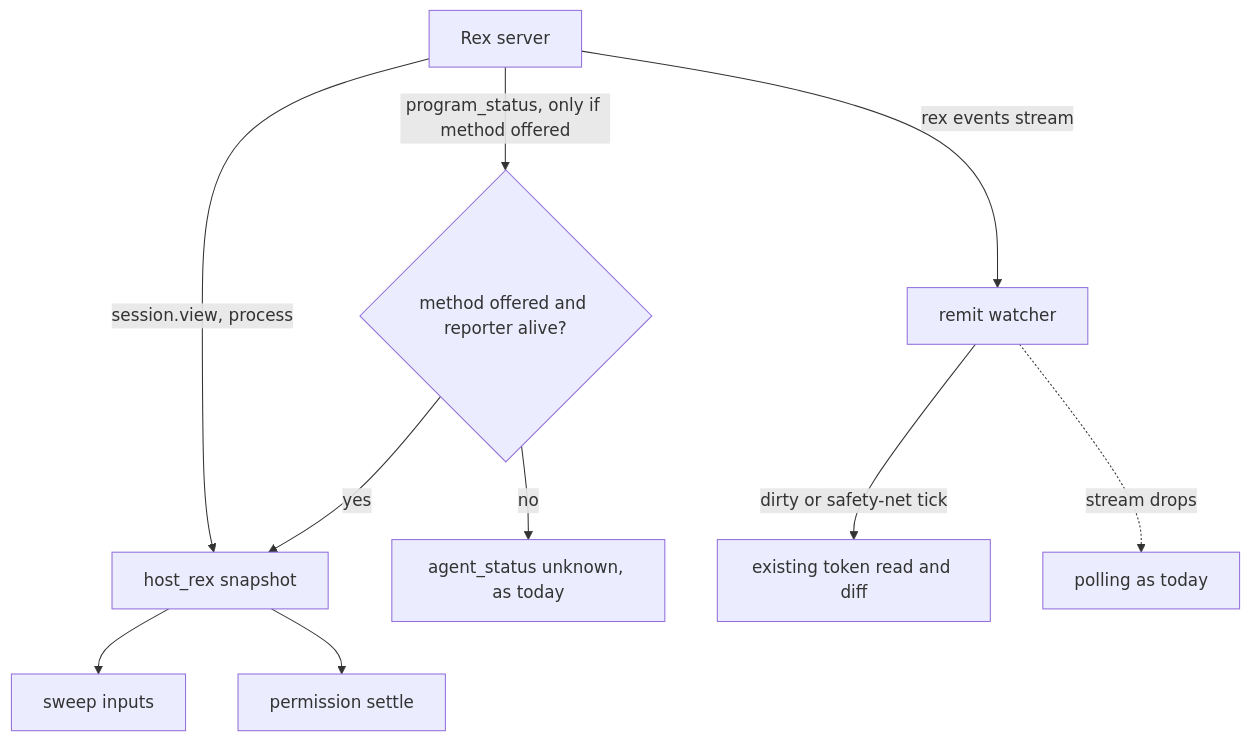
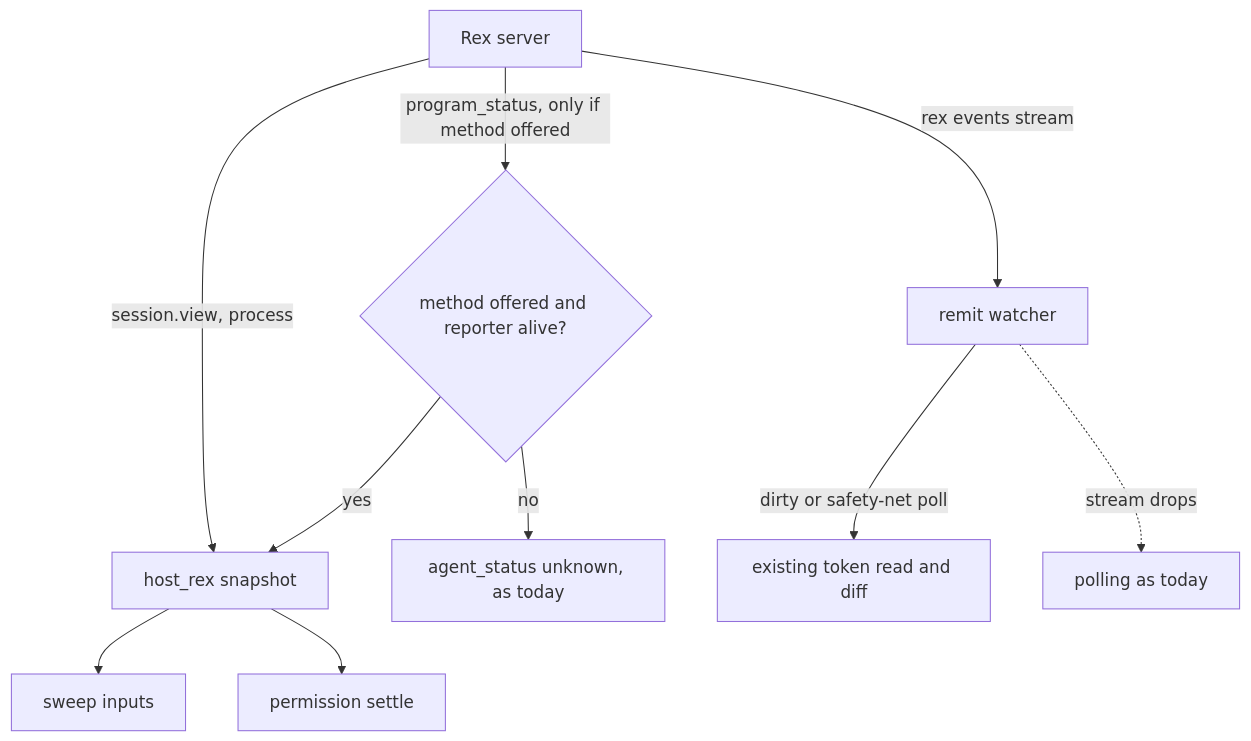
One commit to shawnroos/shrimpshack changed the diagram in docs/plans/2026-10-31-1047-feat-rex-program-status-and-events-plan.md. Above: the diagram before and after it, drawn with Mermaid. The commit also changed other lines of this file and 6 other files, not shown here.

````diff
--- a/docs/plans/2026-10-31-1047-feat-rex-program-status-and-events-plan.md
+++ b/docs/plans/2026-10-31-1047-feat-rex-program-status-and-events-plan.md
@@ -102,12 +102,12 @@
 ```mermaid
 flowchart TB
   S[Rex server] -->|session.view, process| H[host_rex snapshot]
   S -->|program_status, only if method offered| G{method offered and reporter alive?}
   G -->|yes| H
   G -->|no| U[agent_status unknown, as today]
   H --> SW[sweep inputs]
   H --> PS[permission settle]
   S -->|rex events stream| W[remit watcher]
-  W -->|dirty or safety-net tick| T[existing token read and diff]
+  W -->|dirty or safety-net poll| T[existing token read and diff]
   W -.->|stream drops| P[polling as today]
 ```
````
